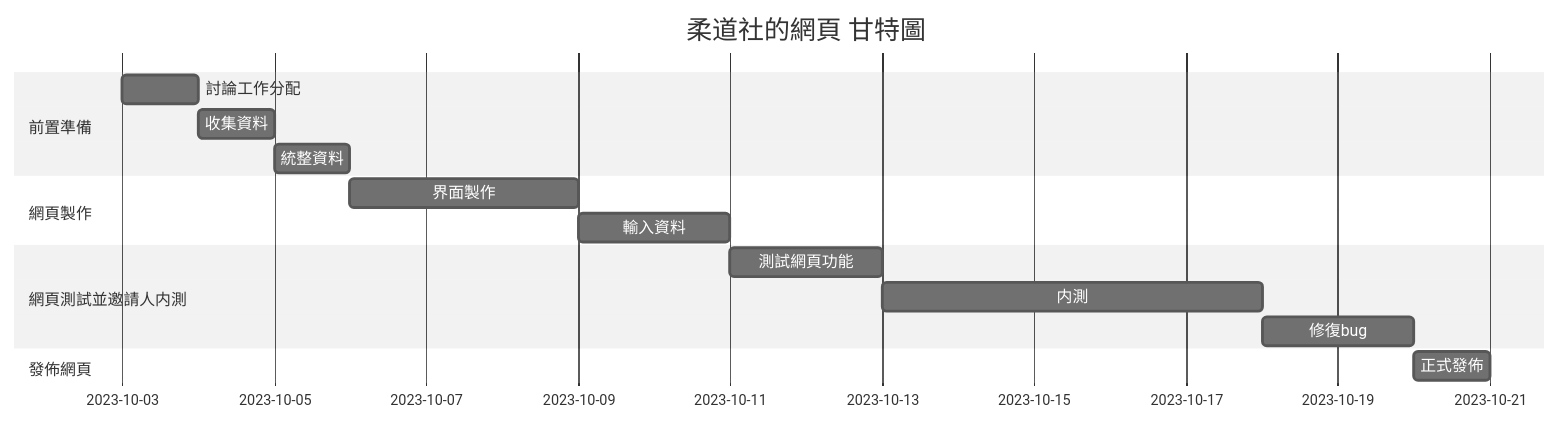
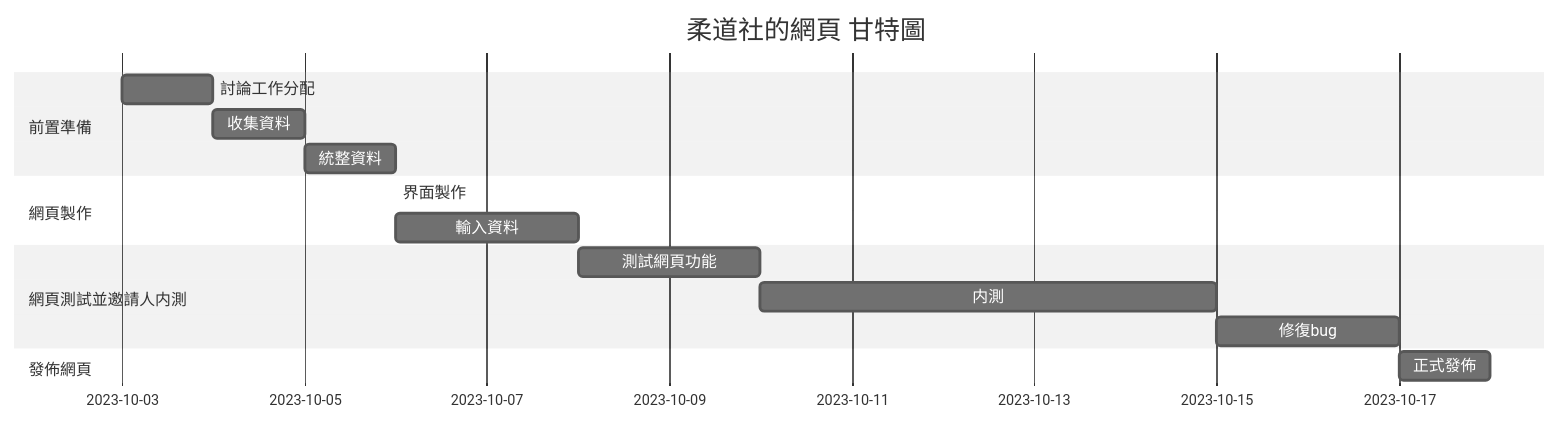
The diagram in README.md (azsx1674/SAaDT), drawn with Mermaid (neutral theme) before and after one commit.

````diff
--- a/README.md
+++ b/README.md
@@ -23,18 +23,18 @@
 ```mermaid
 gantt
     title 柔道社的網頁 甘特圖
     dateFormat  YYYY-MM-DD
     section 前置準備
     討論工作分配           :a1, 2023-10-03, 1d
     收集資料     :a2, after a1  , 1d
     統整資料     :a3, after a2  , 1d
     section 網頁製作
-    界面製作     :a4, after a3  , 3d
+    界面製作     :a4, after a3  , 2m
     輸入資料      :a5, after a4  , 2d
     section 網頁測試並邀請人内測
     測試網頁功能      :a6, after a5  , 2d
     内測        :a7, after a6, 5d
     修復bug      :a8, after a7, 2d
     section 發佈網頁
     正式發佈     :a9, after a8, 1d
 ```
````
